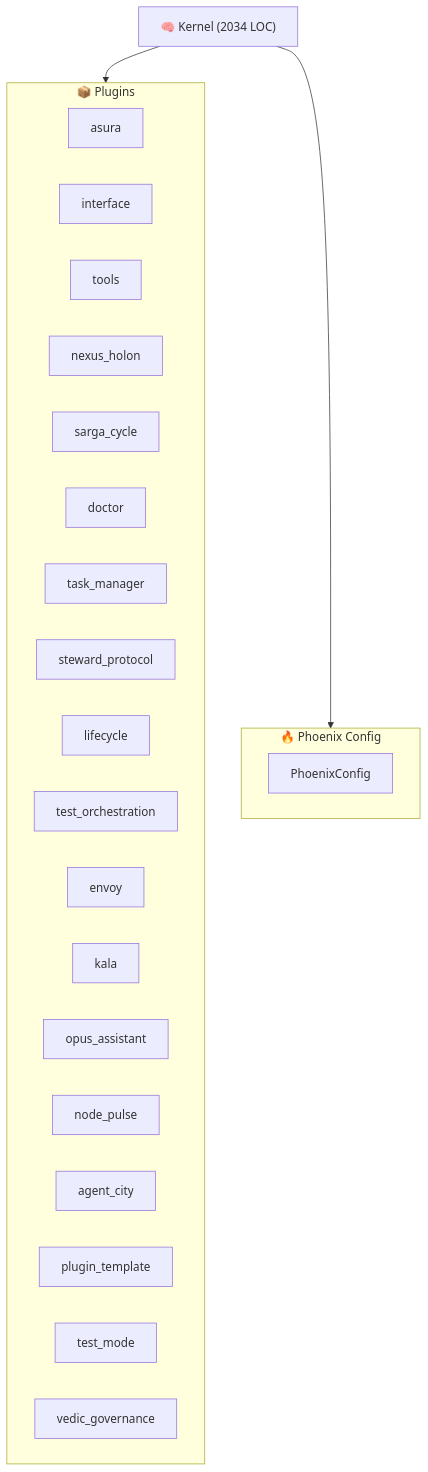
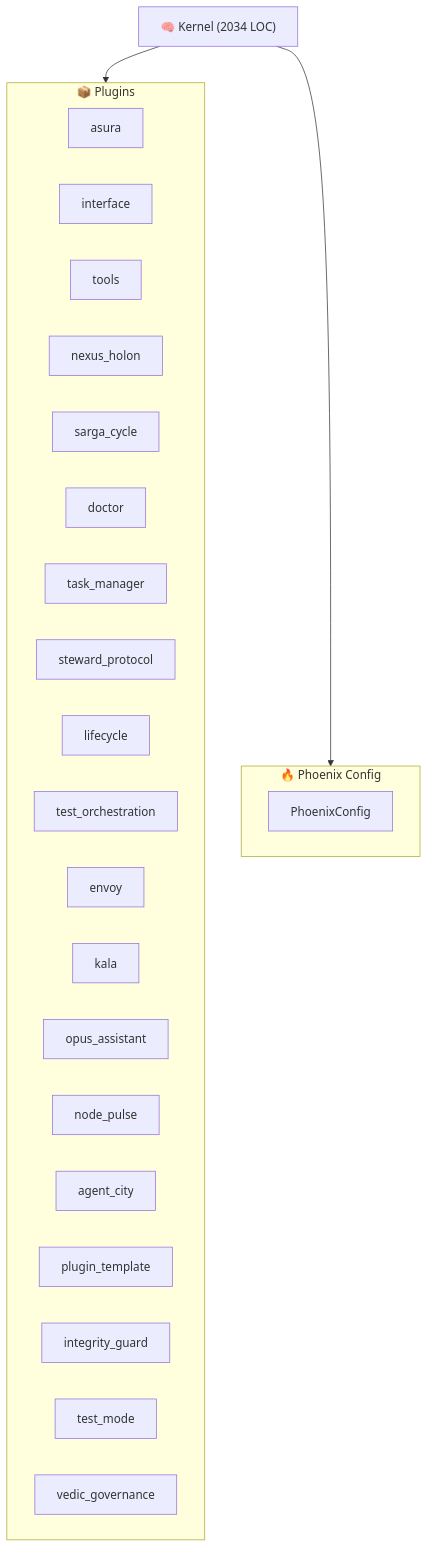
One commit to kimeisele/steward-protocol changed the diagram in ARCHITECTURE.md. Above: the diagram before and after it, drawn with Mermaid. The commit also changed other lines of this file and 16 other files, not shown here.

````diff
--- a/ARCHITECTURE.md
+++ b/ARCHITECTURE.md
@@ -8,29 +8,30 @@
 ```mermaid
 graph TB
     K["🧠 Kernel (2034 LOC)"]
     subgraph Plugins["📦 Plugins"]
         P_asura["asura"]
         P_interface["interface"]
         P_tools["tools"]
         P_nexus_holon["nexus_holon"]
         P_sarga_cycle["sarga_cycle"]
         P_doctor["doctor"]
         P_task_manager["task_manager"]
         P_steward_protocol["steward_protocol"]
         P_lifecycle["lifecycle"]
         P_test_orchestration["test_orchestration"]
         P_envoy["envoy"]
         P_kala["kala"]
         P_opus_assistant["opus_assistant"]
         P_node_pulse["node_pulse"]
         P_agent_city["agent_city"]
         P_plugin_template["plugin_template"]
+        P_integrity_guard["integrity_guard"]
         P_test_mode["test_mode"]
         P_vedic_governance["vedic_governance"]
     end
     K --> Plugins
     subgraph Config["🔥 Phoenix Config"]
         PC[PhoenixConfig]
     end
     K --> Config
 ```
````
